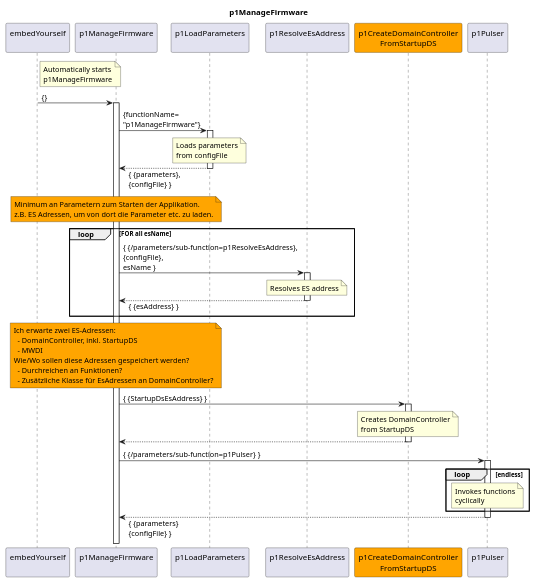
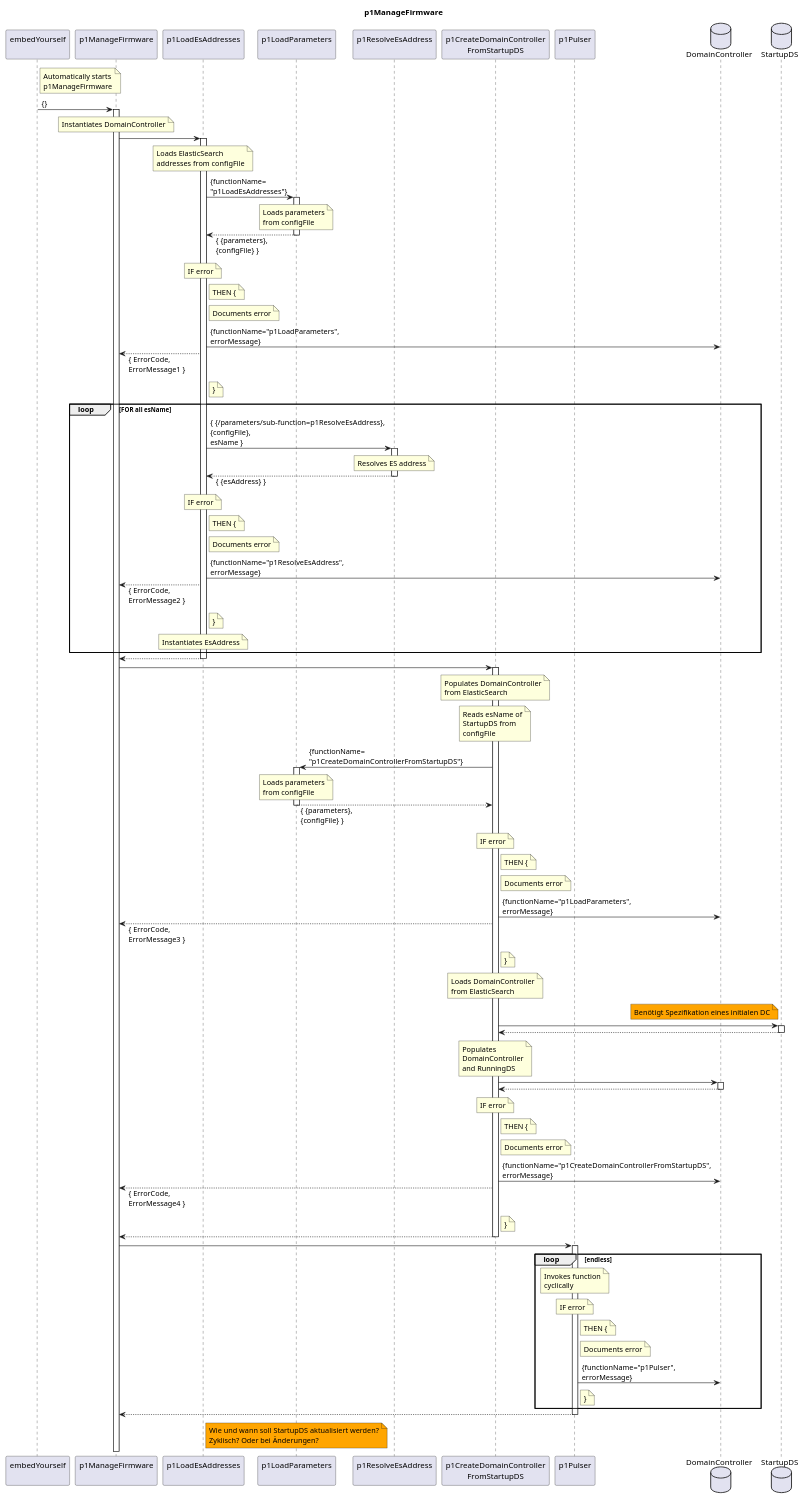
Before and after one commit to openBackhaul/FirmWareManager: the diagram in spec/Functions/Administrative/p1ManageFirmware/1.0.0/p1ManageFirmware.plantuml, drawn with PlantUML. The commit also changed 17 other files, not shown here.

Commit message:
Design p1ManageFirmware

```diff
--- a/spec/Functions/Administrative/p1ManageFirmware/1.0.0/p1ManageFirmware.plantuml
+++ b/spec/Functions/Administrative/p1ManageFirmware/1.0.0/p1ManageFirmware.plantuml
@@ -1,74 +1,191 @@
 @startuml p1ManageFirmware
 skinparam responseMessageBelowArrow true
 
 title
   p1ManageFirmware
 end title
 
 participant "embedYourself\n" as embed
 participant "p1ManageFirmware\n" as p1ManaFw
+participant "p1LoadEsAddresses\n" as p1LEA
 participant "p1LoadParameters\n" as p1LP
 participant "p1ResolveEsAddress\n" as p1REA
-participant "p1CreateDomainController\nFromStartupDS" as p1CDCFS #Orange
+participant "p1CreateDomainController\nFromStartupDS" as p1CDCFS
 participant "p1Pulser\n" as p1Puls
+database "DomainController" as DC
+database "StartupDS" as StartDS
 
 note right embed
   Automatically starts
   p1ManageFirmware
 end note
 embed -> p1ManaFw : {}
 activate p1ManaFw
 
-  p1ManaFw -> p1LP : {functionName=\n"p1ManageFirmware"}
-  activate p1LP
-    note over p1LP
-      Loads parameters
-      from configFile
-    end note
-  p1ManaFw <-- p1LP : { {parameters},\n{configFile} }
-  deactivate p1LP
-
-  note over p1ManaFw #Orange
-    Minimum an Parametern zum Starten der Applikation.
-    z.B. ES Adressen, um von dort die Parameter etc. zu laden.
+  note over p1ManaFw
+    Instantiates DomainController
   end note
 
-  loop FOR all esName
-    p1ManaFw -> p1REA : { {/parameters/sub-function=p1ResolveEsAddress},\n{configFile},\nesName }
-    activate p1REA
-      note over p1REA
-        Resolves ES address
+  p1ManaFw -> p1LEA
+  activate p1LEA
+    note over p1LEA
+      Loads ElasticSearch
+      addresses from configFile
+    end note
+
+    p1LEA -> p1LP : {functionName=\n"p1LoadEsAddresses"}
+    activate p1LP
+      note over p1LP
+        Loads parameters
+        from configFile
       end note
-    p1ManaFw <-- p1REA : { {esAddress} }
-    deactivate p1REA
-  end loop
-  note over p1ManaFw #Orange
-    Ich erwarte zwei ES-Adressen:
-      - DomainController, inkl. StartupDS
-      - MWDI
-    Wie/Wo sollen diese Adressen gespeichert werden?
-      - Durchreichen an Funktionen?
-      - Zusätzliche Klasse für EsAdressen an DomainController?
-  end note
+    p1LEA <-- p1LP : { {parameters},\n{configFile} }
+    deactivate p1LP
+    note over p1LEA
+      IF error
+    end note
+    note right p1LEA
+      THEN {
+    end note
+    note right p1LEA
+      Documents error
+    end note
+    p1LEA -> DC : {functionName="p1LoadParameters",\nerrorMessage}
+    p1ManaFw <-- p1LEA : { ErrorCode,\nErrorMessage1 }
+    note right p1LEA
+      }
+    end note
 
-  p1ManaFw -> p1CDCFS : { {StartupDsEsAddress} }
+    loop FOR all esName
+      p1LEA -> p1REA : { {/parameters/sub-function=p1ResolveEsAddress},\n{configFile},\nesName }
+      activate p1REA
+        note over p1REA
+          Resolves ES address
+        end note
+      p1LEA <-- p1REA : { {esAddress} }
+      deactivate p1REA
+      note over p1LEA
+        IF error
+      end note
+      note right p1LEA
+        THEN {
+      end note
+      note right p1LEA
+        Documents error
+      end note
+      p1LEA -> DC : {functionName="p1ResolveEsAddress",\nerrorMessage}
+      p1ManaFw <-- p1LEA : { ErrorCode,\nErrorMessage2 }
+      note right p1LEA
+        }
+      end note
+
+      note over p1LEA
+        Instantiates EsAddress
+      end note
+    end loop
+  p1ManaFw <-- p1LEA
+  deactivate p1LEA
+
+  p1ManaFw -> p1CDCFS
   activate p1CDCFS
     note over p1CDCFS
-      Creates DomainController
-      from StartupDS
+      Populates DomainController
+      from ElasticSearch
+    end note
+
+    note over p1CDCFS
+      Reads esName of
+      StartupDS from
+      configFile
+    end note
+    p1CDCFS -> p1LP : {functionName=\n"p1CreateDomainControllerFromStartupDS"}
+    activate p1LP
+      note over p1LP
+        Loads parameters
+        from configFile
+      end note
+    p1CDCFS <-- p1LP : { {parameters},\n{configFile} }
+    deactivate p1LP
+    note over p1CDCFS
+      IF error
+    end note
+    note right p1CDCFS
+      THEN {
+    end note
+    note right p1CDCFS
+      Documents error
+    end note
+    p1CDCFS -> DC : {functionName="p1LoadParameters",\nerrorMessage}
+    p1ManaFw <-- p1CDCFS : { ErrorCode,\nErrorMessage3 }
+    note right p1CDCFS
+      }
+    end note
+
+    note over p1CDCFS
+      Loads DomainController
+      from ElasticSearch
+    end note
+        note left StartDS #Orange
+          Benötigt Spezifikation eines initialen DC
+        end note
+    p1CDCFS -> StartDS
+    activate StartDS
+    p1CDCFS <-- StartDS
+    deactivate StartDS
+
+    note over p1CDCFS
+      Populates
+      DomainController
+      and RunningDS
+    end note
+    p1CDCFS -> DC
+    activate DC
+    p1CDCFS <-- DC
+    deactivate DC
+    note over p1CDCFS
+      IF error
+    end note
+    note right p1CDCFS
+      THEN {
+    end note
+    note right p1CDCFS
+      Documents error
+    end note
+    p1CDCFS -> DC : {functionName="p1CreateDomainControllerFromStartupDS",\nerrorMessage}
+    p1ManaFw <-- p1CDCFS : { ErrorCode,\nErrorMessage4 }
+    note right p1CDCFS
+      }
     end note
   p1ManaFw <-- p1CDCFS
   deactivate p1CDCFS
   
-  p1ManaFw -> p1Puls : { {/parameters/sub-function=p1Pulser} }
+  p1ManaFw -> p1Puls
   activate p1Puls
     loop endless
       note over p1Puls
-        Invokes functions
+        Invokes function
         cyclically 
       end note
+      note over p1Puls
+        IF error
+      end note
+      note right p1Puls
+        THEN {
+      end note
+      note right p1Puls
+        Documents error
+      end note
+      p1Puls -> DC : {functionName="p1Pulser",\nerrorMessage}
+      note right p1Puls
+        }
+      end note
     end loop
-  p1ManaFw <-- p1Puls : { {parameters}\n{configFile} }
+  p1ManaFw <-- p1Puls
   deactivate p1Puls
 
+  note over p1LP #Orange
+    Wie und wann soll StartupDS aktualisiert werden?
+    Zyklisch? Oder bei Änderungen?
+  end note
+
 @enduml
```
